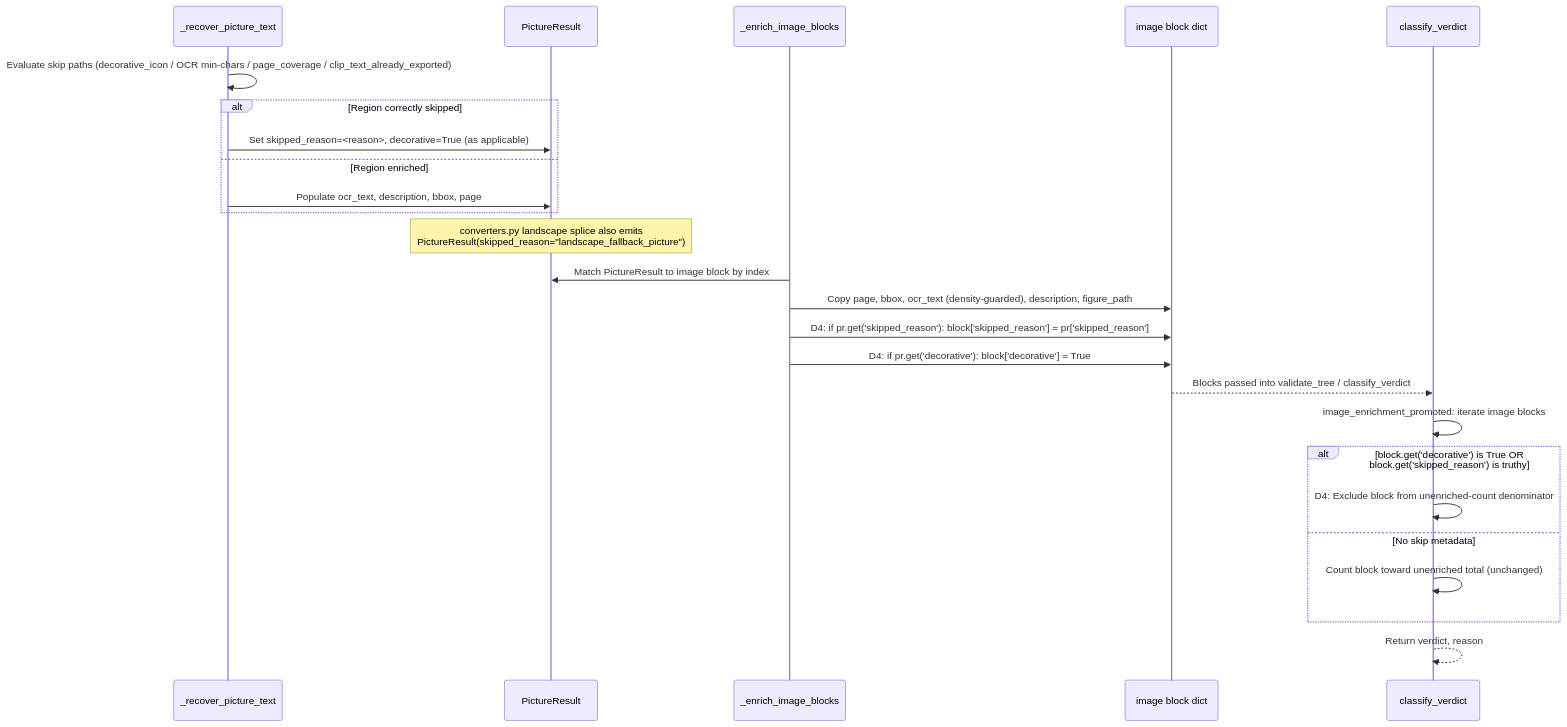
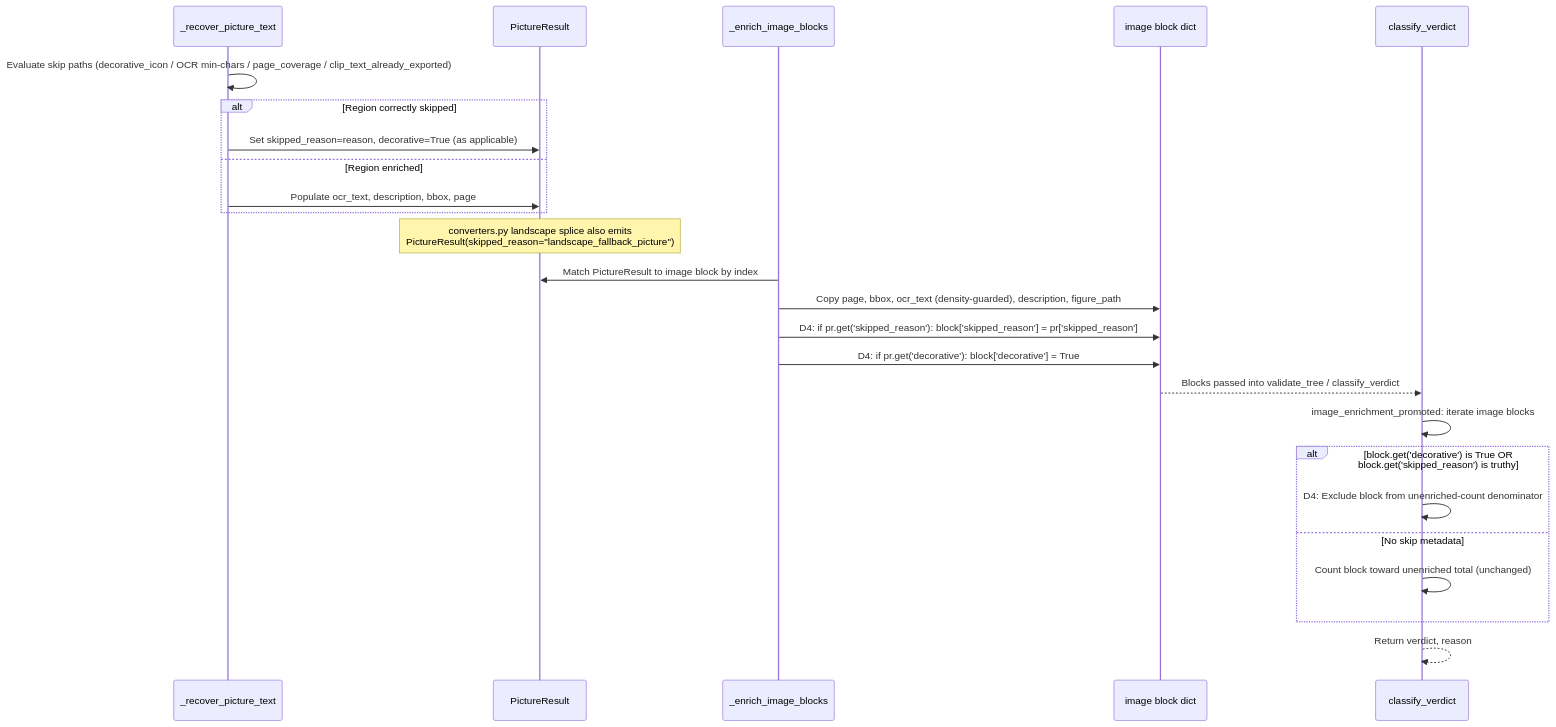
Before and after one commit to trehansalil/pageindex: the fifth of 6 diagrams in .agents/designs/design-rfc036-run19-landscape-writebarrier-enrichment-fixes.md, drawn with Mermaid. The commit also changed other lines of this file and 9 other files, not shown here.

````diff
--- a/.agents/designs/design-rfc036-run19-landscape-writebarrier-enrichment-fixes.md
+++ b/.agents/designs/design-rfc036-run19-landscape-writebarrier-enrichment-fixes.md
@@ -265,28 +265,28 @@
 ```mermaid
 sequenceDiagram
     participant RP as _recover_picture_text
     participant PR as PictureResult
     participant EB as _enrich_image_blocks
     participant B as image block dict
     participant CV as classify_verdict
 
     RP->>RP: Evaluate skip paths (decorative_icon / OCR min-chars / page_coverage / clip_text_already_exported)
     alt Region correctly skipped
-        RP->>PR: Set skipped_reason=<reason>, decorative=True (as applicable)
+        RP->>PR: Set skipped_reason=reason, decorative=True (as applicable)
     else Region enriched
         RP->>PR: Populate ocr_text, description, bbox, page
     end
     Note over PR: converters.py landscape splice also emits<br/>PictureResult(skipped_reason="landscape_fallback_picture")
     EB->>PR: Match PictureResult to image block by index
     EB->>B: Copy page, bbox, ocr_text (density-guarded), description, figure_path
     EB->>B: D4: if pr.get('skipped_reason'): block['skipped_reason'] = pr['skipped_reason']
     EB->>B: D4: if pr.get('decorative'): block['decorative'] = True
     B-->>CV: Blocks passed into validate_tree / classify_verdict
     CV->>CV: image_enrichment_promoted: iterate image blocks
     alt block.get('decorative') is True OR block.get('skipped_reason') is truthy
         CV->>CV: D4: Exclude block from unenriched-count denominator
     else No skip metadata
         CV->>CV: Count block toward unenriched total (unchanged)
     end
     CV-->>CV: Return verdict, reason
 ```
````
